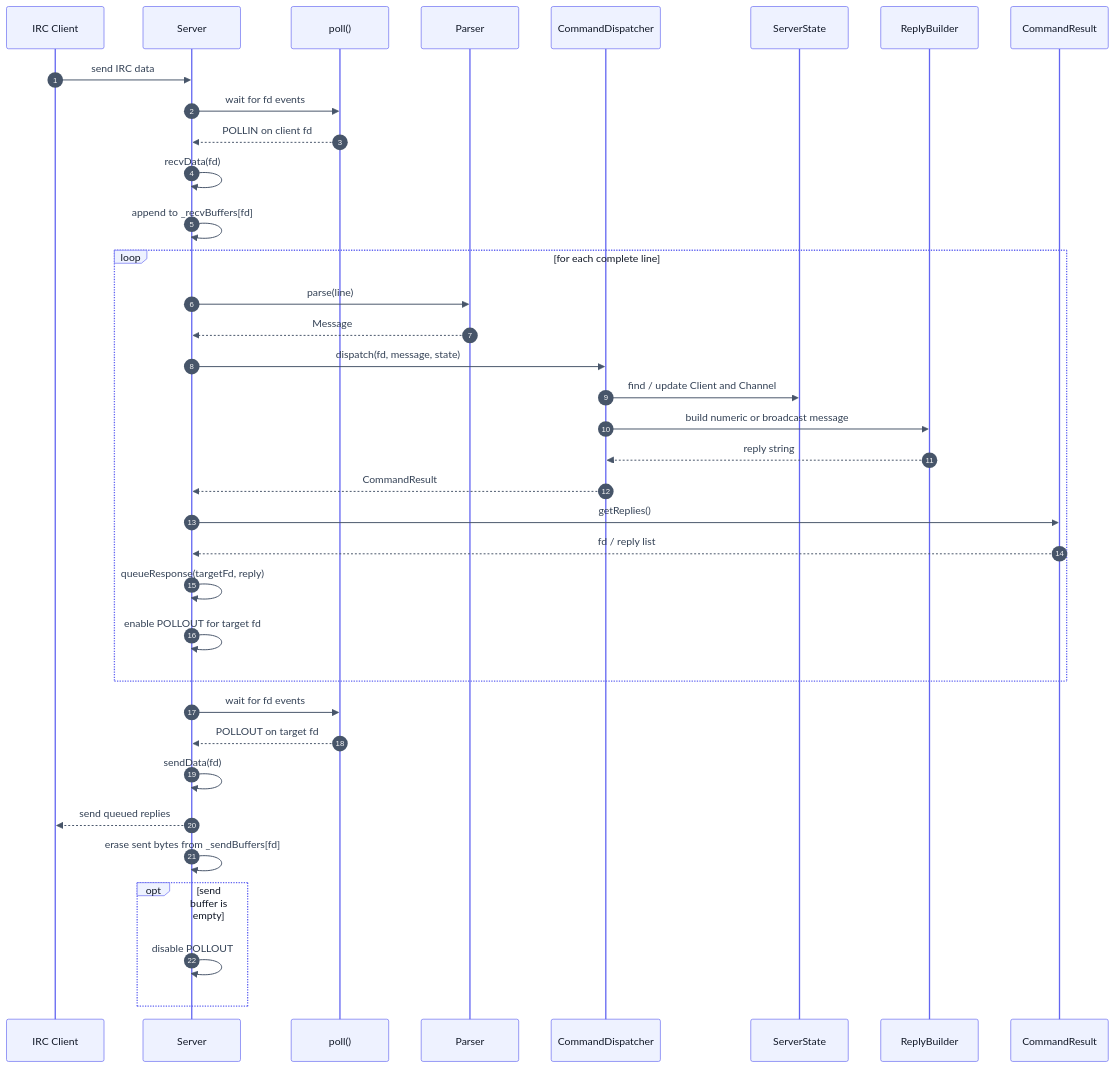
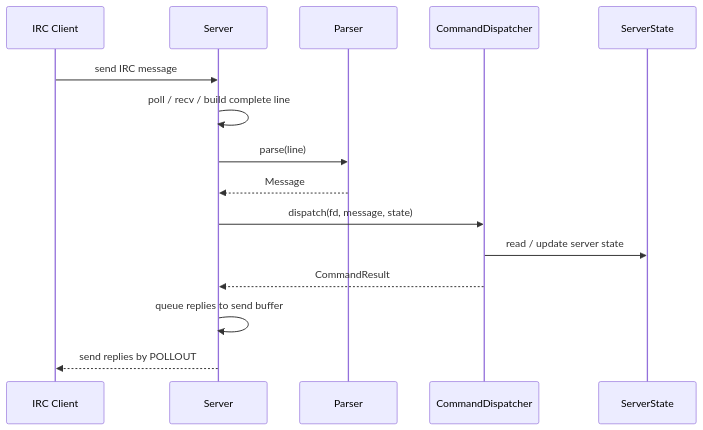
The second of 3 diagrams in README.md (mandakore/IRCserv), drawn with Mermaid before and after one commit. The commit also changed other lines of this file, not shown here.

````diff
--- a/README.md
+++ b/README.md
@@ -136,61 +46,18 @@
 ```mermaid
-%%{init: {
-  "theme": "base",
-  "themeVariables": {
-    "fontFamily": "Inter, ui-sans-serif, system-ui, sans-serif",
-    "actorBkg": "#EEF2FF",
-    "actorBorder": "#6366F1",
-    "actorTextColor": "#111827",
-    "signalColor": "#475569",
-    "signalTextColor": "#334155",
-    "noteBkgColor": "#F8FAFC",
-    "noteBorderColor": "#CBD5E1"
-  }
-}}%%
+sequenceDiagram
+    participant Client as IRC Client
+    participant Server as Server
+    participant Parser as Parser
+    participant Dispatcher as CommandDispatcher
+    participant State as ServerState
 
-sequenceDiagram
-    autonumber
-
-    participant C as IRC Client
-    participant S as Server
-    participant P as poll()
-    participant Parser as Parser
-    participant D as CommandDispatcher
-    participant State as ServerState
-    participant RB as ReplyBuilder
-    participant R as CommandResult
-
-    C->>S: send IRC data
-    S->>P: wait for fd events
-    P-->>S: POLLIN on client fd
-
-    S->>S: recvData(fd)
-    S->>S: append to _recvBuffers[fd]
-
-    loop for each complete line
-        S->>Parser: parse(line)
-        Parser-->>S: Message
-
-        S->>D: dispatch(fd, message, state)
-        D->>State: find / update Client and Channel
-        D->>RB: build numeric or broadcast message
-        RB-->>D: reply string
-        D-->>S: CommandResult
-
-        S->>R: getReplies()
-        R-->>S: fd / reply list
-        S->>S: queueResponse(targetFd, reply)
-        S->>S: enable POLLOUT for target fd
-    end
-
-    S->>P: wait for fd events
-    P-->>S: POLLOUT on target fd
-
-    S->>S: sendData(fd)
-    S-->>C: send queued replies
-    S->>S: erase sent bytes from _sendBuffers[fd]
-
-    opt send buffer is empty
-        S->>S: disable POLLOUT
-    end
+    Client->>Server: send IRC message
+    Server->>Server: poll / recv / build complete line
+    Server->>Parser: parse(line)
+    Parser-->>Server: Message
+    Server->>Dispatcher: dispatch(fd, message, state)
+    Dispatcher->>State: read / update server state
+    Dispatcher-->>Server: CommandResult
+    Server->>Server: queue replies to send buffer
+    Server-->>Client: send replies by POLLOUT
 ```
````
